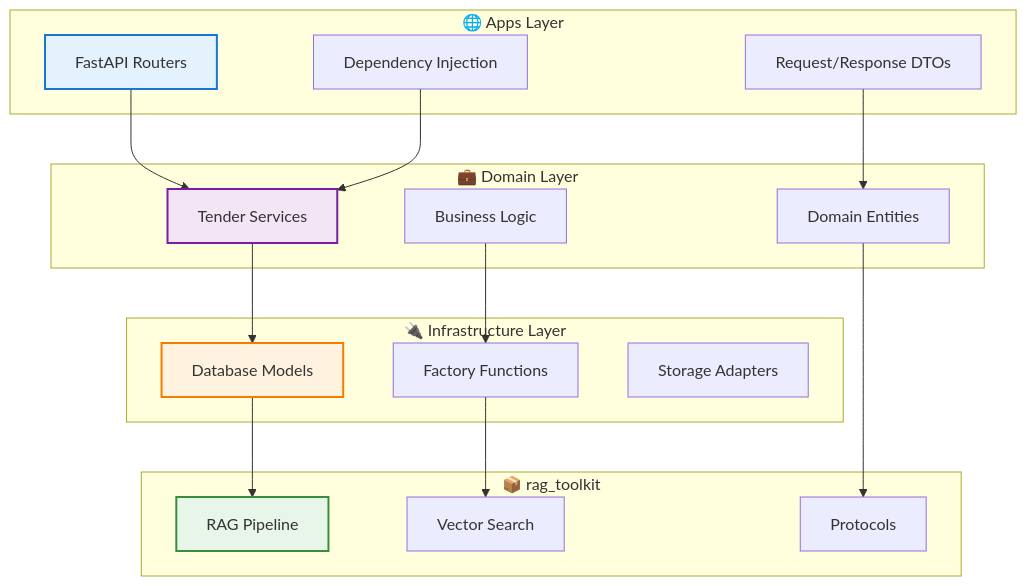
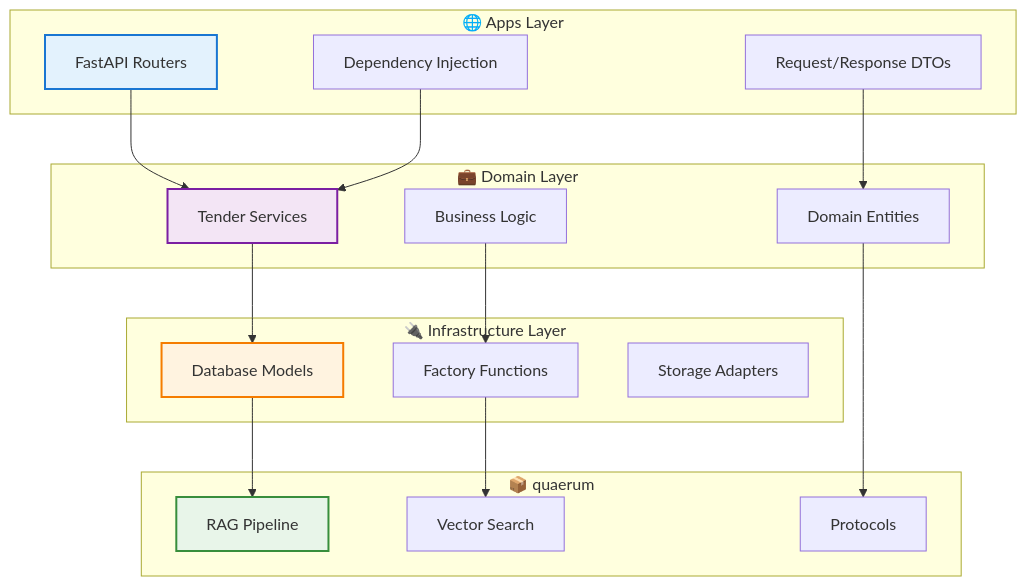
One commit to gmottola00/Tender-RAG-Lab changed the diagram in docs/architecture/clean-architecture.md. Above: the diagram before and after it, drawn with Mermaid. The commit also changed other lines of this file and 18 other files, not shown here.

````diff
--- a/docs/architecture/clean-architecture.md
+++ b/docs/architecture/clean-architecture.md
@@ -12,42 +12,42 @@
 ```mermaid
 graph TB
     subgraph "🌐 Apps Layer"
         A1[FastAPI Routers]
         A2[Request/Response DTOs]
         A3[Dependency Injection]
     end
     
     subgraph "💼 Domain Layer"
         D1[Tender Services]
         D2[Business Logic]
         D3[Domain Entities]
     end
     
     subgraph "🔌 Infrastructure Layer"
         I1[Database Models]
         I2[Factory Functions]
         I3[Storage Adapters]
     end
     
-    subgraph "📦 rag_toolkit"
+    subgraph "📦 quaerum"
         R1[RAG Pipeline]
         R2[Vector Search]
         R3[Protocols]
     end
     
     A1 --> D1
     A2 --> D3
     A3 --> D1
     
     D1 --> I1
     D2 --> I2
     D3 --> R3
     
     I1 --> R1
     I2 --> R2
     
     style A1 fill:#e3f2fd,stroke:#1976d2,stroke-width:2px
     style D1 fill:#f3e5f5,stroke:#7b1fa2,stroke-width:2px
     style I1 fill:#fff3e0,stroke:#f57c00,stroke-width:2px
     style R1 fill:#e8f5e9,stroke:#388e3c,stroke-width:2px
 ```
````
